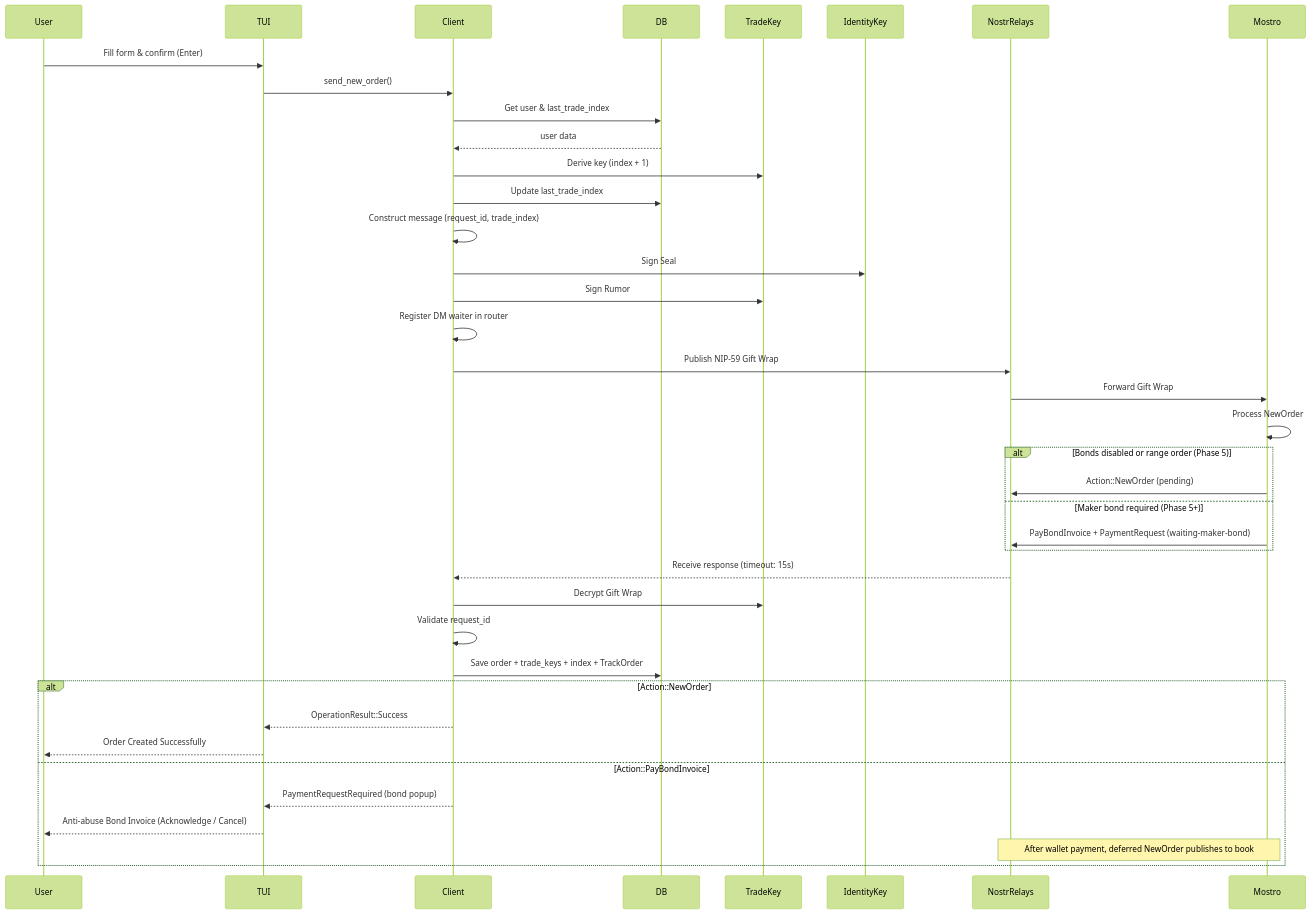
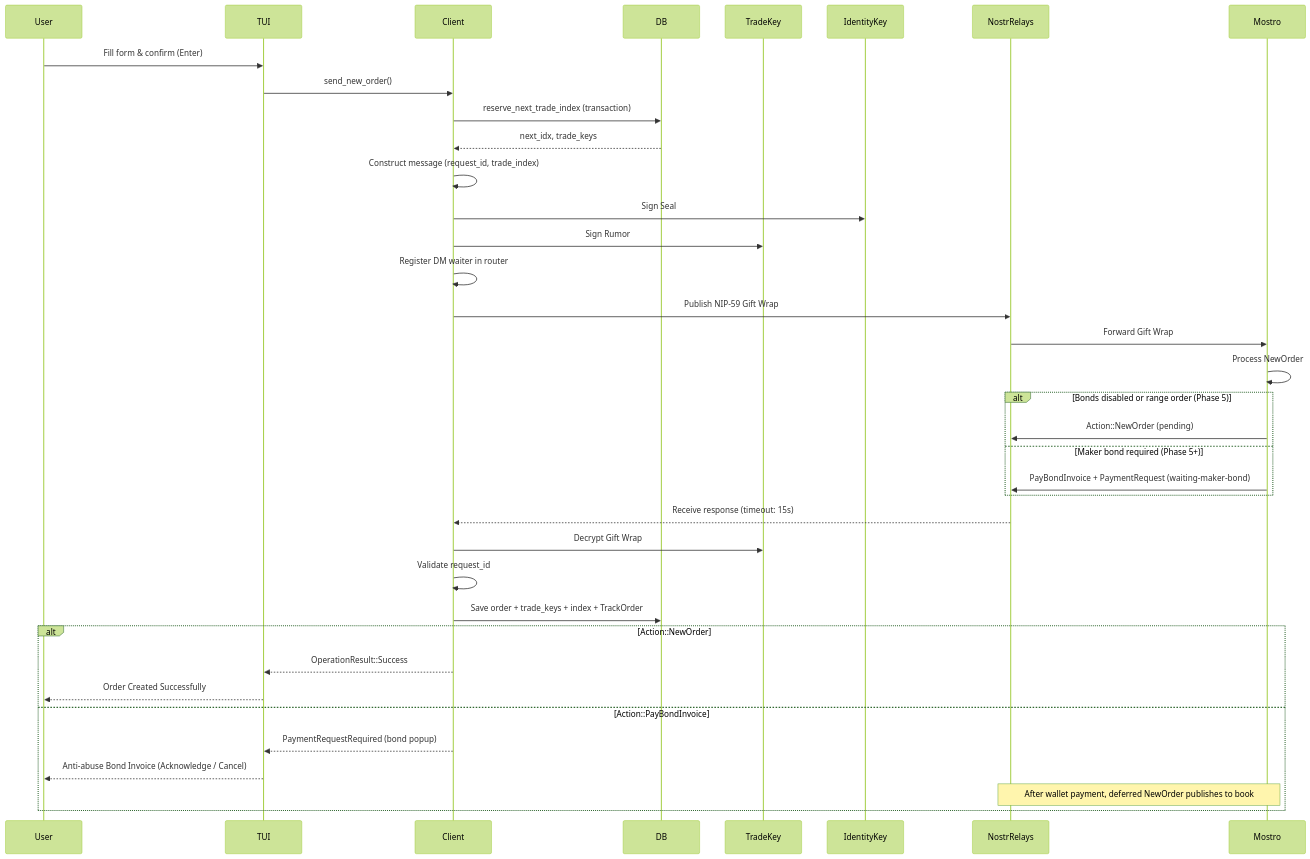
Before and after one commit to MostroP2P/mostrix: the first of 7 diagrams in docs/MESSAGE_FLOW_AND_PROTOCOL.md, drawn with Mermaid (forest theme). The commit also changed other lines of this file and 9 other files, not shown here.

First line of the commit message:
fix(security): propagate trade-index DB errors and reserve atomically (MOSTRO-082)

````diff
--- a/docs/MESSAGE_FLOW_AND_PROTOCOL.md
+++ b/docs/MESSAGE_FLOW_AND_PROTOCOL.md
@@ -53,42 +53,40 @@
 ```mermaid
 sequenceDiagram
     participant User
     participant TUI
     participant Client
     participant DB
     participant TradeKey
     participant IdentityKey
     participant NostrRelays
     participant Mostro
 
     User->>TUI: Fill form & confirm (Enter)
     TUI->>Client: send_new_order()
-    Client->>DB: Get user & last_trade_index
-    DB-->>Client: user data
-    Client->>TradeKey: Derive key (index + 1)
-    Client->>DB: Update last_trade_index
+    Client->>DB: reserve_next_trade_index (transaction)
+    DB-->>Client: next_idx, trade_keys
     Client->>Client: Construct message (request_id, trade_index)
     Client->>IdentityKey: Sign Seal
     Client->>TradeKey: Sign Rumor
     Client->>Client: Register DM waiter in router
     Client->>NostrRelays: Publish NIP-59 Gift Wrap
     NostrRelays->>Mostro: Forward Gift Wrap
     Mostro->>Mostro: Process NewOrder
     alt Bonds disabled or range order (Phase 5)
         Mostro->>NostrRelays: Action::NewOrder (pending)
     else Maker bond required (Phase 5+)
         Mostro->>NostrRelays: PayBondInvoice + PaymentRequest (waiting-maker-bond)
     end
     NostrRelays-->>Client: Receive response (timeout: 15s)
     Client->>TradeKey: Decrypt Gift Wrap
     Client->>Client: Validate request_id
     Client->>DB: Save order + trade_keys + index + TrackOrder
     alt Action::NewOrder
         Client-->>TUI: OperationResult::Success
         TUI-->>User: Order Created Successfully
     else Action::PayBondInvoice
         Client-->>TUI: PaymentRequestRequired (bond popup)
         TUI-->>User: Anti-abuse Bond Invoice (Acknowledge / Cancel)
         Note over Mostro,NostrRelays: After wallet payment, deferred NewOrder publishes to book
     end
 ```
````
